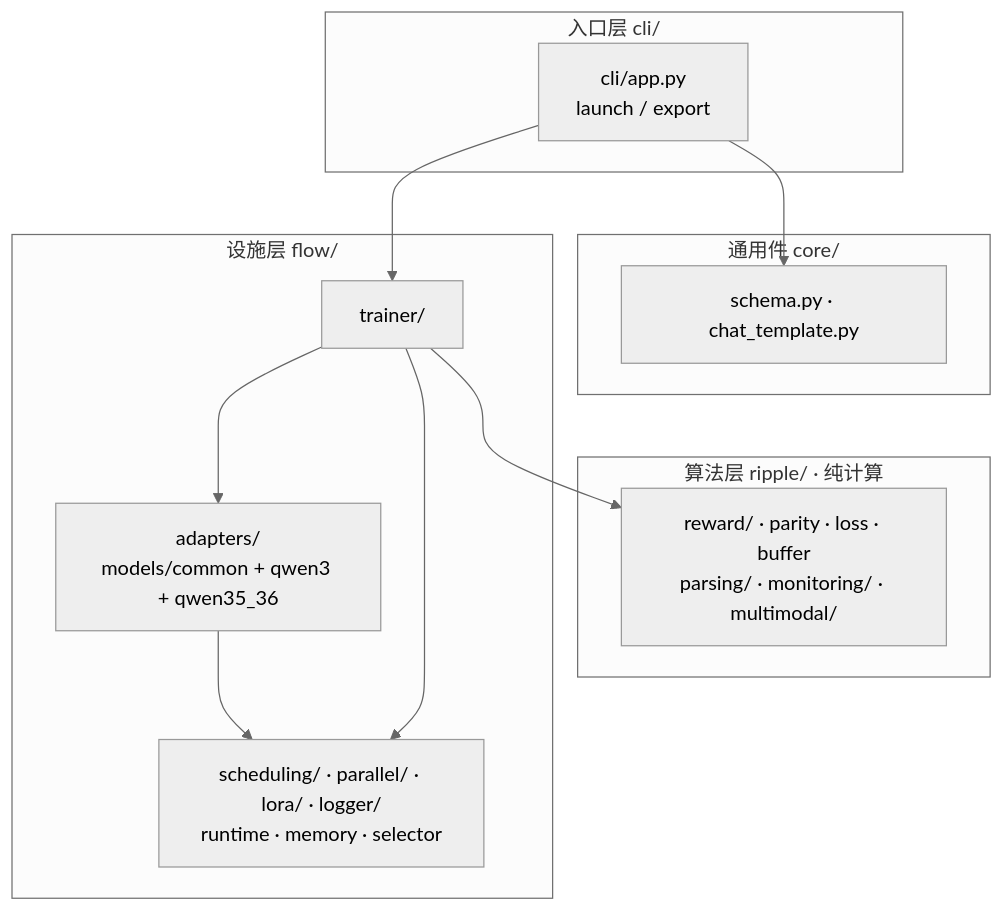
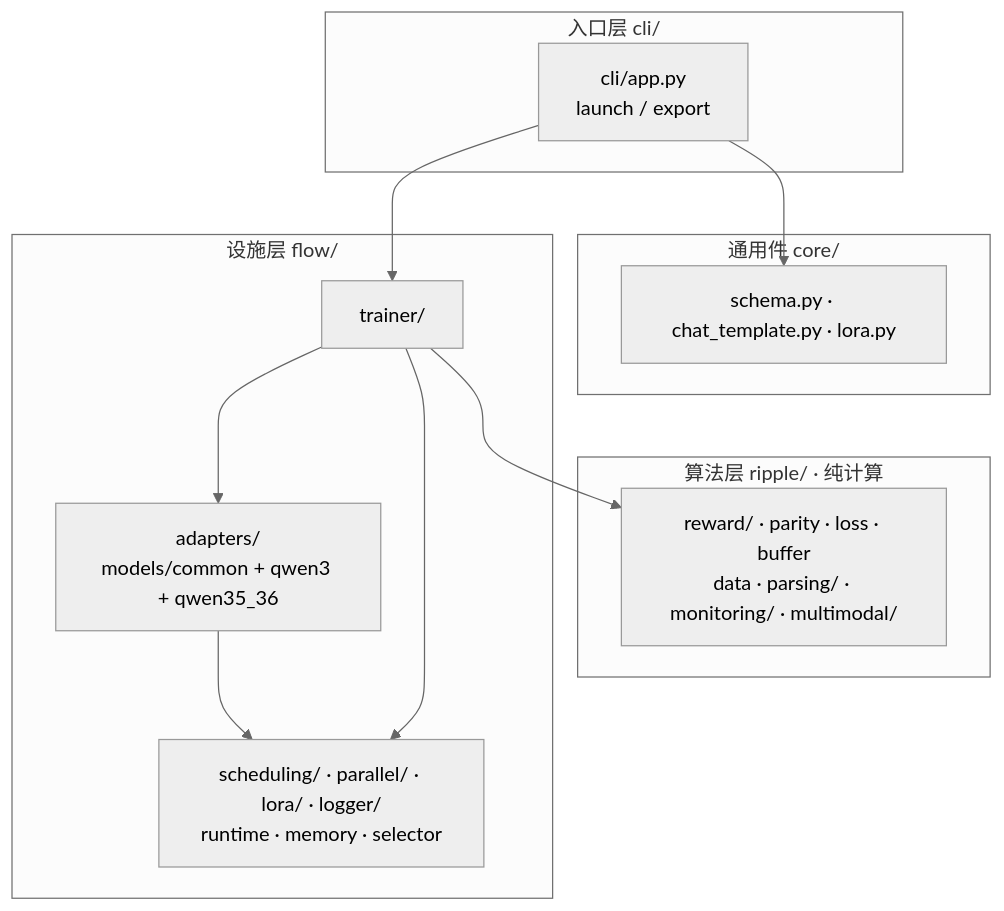
Before and after one commit to godthrone/graspo: the first of 4 diagrams in docs/architecture.md, drawn with Mermaid (neutral theme). The commit also changed 4 other files, not shown here.

````diff
--- a/docs/architecture.md
+++ b/docs/architecture.md
@@ -13,23 +13,23 @@
 ```mermaid
 flowchart TB
     subgraph L0 ["入口层 cli/"]
         CLI["cli/app.py<br/>launch / export"]
     end
     subgraph L1 ["算法层 ripple/ · 纯计算"]
-        R["reward/ · parity · loss · buffer<br/>parsing/ · monitoring/ · multimodal/"]
+        R["reward/ · parity · loss · buffer<br/>data · parsing/ · monitoring/ · multimodal/"]
     end
     subgraph L2 ["通用件 core/"]
-        C["schema.py · chat_template.py"]
+        C["schema.py · chat_template.py · lora.py"]
     end
     subgraph L3 ["设施层 flow/"]
         T["trainer/"]
         A["adapters/<br/>models/common + qwen3 + qwen35_36"]
         S["scheduling/ · parallel/ · lora/ · logger/<br/>runtime · memory · selector"]
     end
     CLI --> C
     CLI --> T
     T --> R
     T --> A
     A --> S
     T --> S
 ```
````
